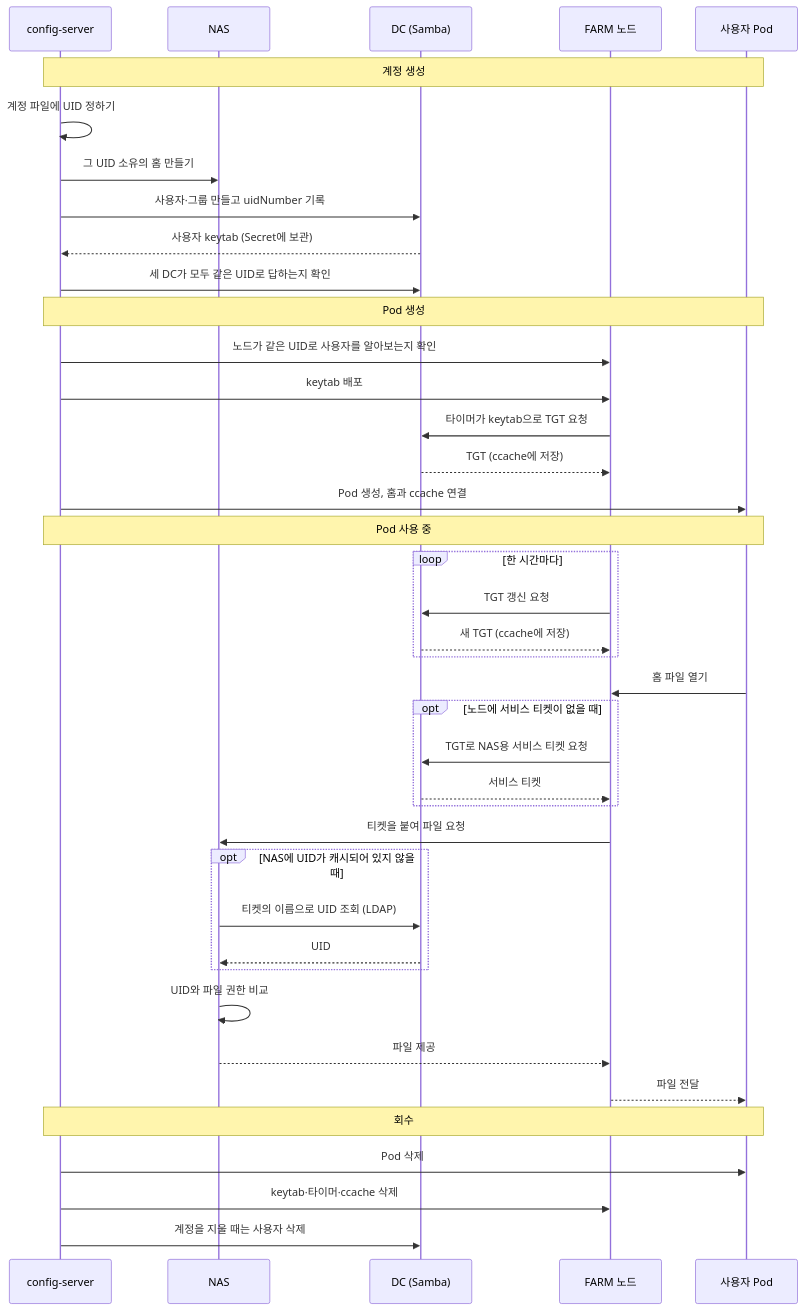
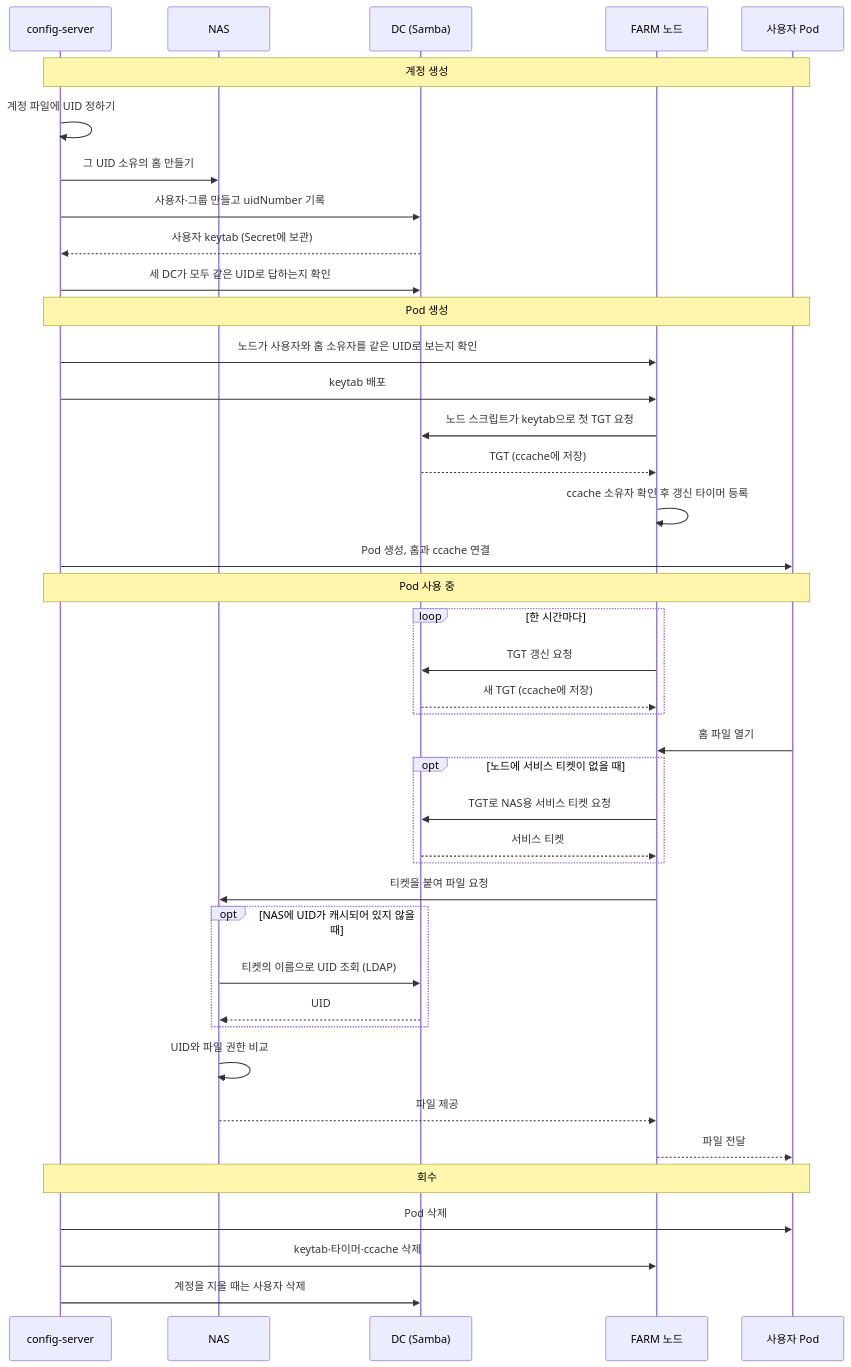
The seventh of 8 diagrams in md/infra/design/Kerberos-AD-Samba.md (CSID-DGU/admin_wiki), drawn with Mermaid before and after one commit. The commit also changed other lines of this file, not shown here.

````diff
--- a/md/infra/design/Kerberos-AD-Samba.md
+++ b/md/infra/design/Kerberos-AD-Samba.md
@@ -318,46 +318,47 @@
 ```mermaid
 sequenceDiagram
     participant CS as config-server
     participant NAS as NAS
     participant DC as DC (Samba)
     participant N as FARM 노드
     participant P as 사용자 Pod
 
     Note over CS,P: 계정 생성
     CS->>CS: 계정 파일에 UID 정하기
     CS->>NAS: 그 UID 소유의 홈 만들기
     CS->>DC: 사용자·그룹 만들고 uidNumber 기록
     DC-->>CS: 사용자 keytab (Secret에 보관)
     CS->>DC: 세 DC가 모두 같은 UID로 답하는지 확인
 
     Note over CS,P: Pod 생성
-    CS->>N: 노드가 같은 UID로 사용자를 알아보는지 확인
+    CS->>N: 노드가 사용자와 홈 소유자를 같은 UID로 보는지 확인
     CS->>N: keytab 배포
-    N->>DC: 타이머가 keytab으로 TGT 요청
+    N->>DC: 노드 스크립트가 keytab으로 첫 TGT 요청
     DC-->>N: TGT (ccache에 저장)
+    N->>N: ccache 소유자 확인 후 갱신 타이머 등록
     CS->>P: Pod 생성, 홈과 ccache 연결
 
     Note over CS,P: Pod 사용 중
     loop 한 시간마다
         N->>DC: TGT 갱신 요청
         DC-->>N: 새 TGT (ccache에 저장)
     end
     P->>N: 홈 파일 열기
     opt 노드에 서비스 티켓이 없을 때
         N->>DC: TGT로 NAS용 서비스 티켓 요청
         DC-->>N: 서비스 티켓
     end
     N->>NAS: 티켓을 붙여 파일 요청
     opt NAS에 UID가 캐시되어 있지 않을 때
         NAS->>DC: 티켓의 이름으로 UID 조회 (LDAP)
         DC-->>NAS: UID
     end
     NAS->>NAS: UID와 파일 권한 비교
     NAS-->>N: 파일 제공
     N-->>P: 파일 전달
 
     Note over CS,P: 회수
     CS->>P: Pod 삭제
     CS->>N: keytab·타이머·ccache 삭제
     CS->>DC: 계정을 지울 때는 사용자 삭제
 ```
````
